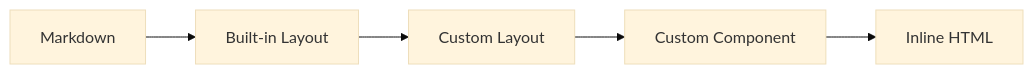
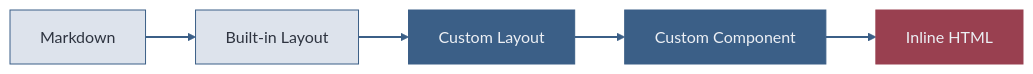
The first of 4 diagrams in examples/reference/pages/code.md (adewale/slide-maker), drawn with Mermaid (base theme) before and after one commit. The commit also changed other lines of this file, not shown here.

First line of the commit message:
Fix all diagram slides with inline styles and clean layouts

````diff
--- a/examples/reference/pages/code.md
+++ b/examples/reference/pages/code.md
@@ -89,7 +89,13 @@
 ```mermaid {scale: 0.85}
 graph LR
   A["Markdown"] --> B["Built-in Layout"]
   B --> C["Custom Layout"]
   C --> D["Custom Component"]
   D --> E["Inline HTML"]
+  style A fill:#dde3ec,stroke:#3b5f87,color:#2e3440
+  style B fill:#dde3ec,stroke:#3b5f87,color:#2e3440
+  style C fill:#3b5f87,stroke:#3b5f87,color:#eceff4
+  style D fill:#3b5f87,stroke:#3b5f87,color:#eceff4
+  style E fill:#994050,stroke:#994050,color:#eceff4
+  linkStyle default stroke:#3b5f87,stroke-width:2px
 ```
````
